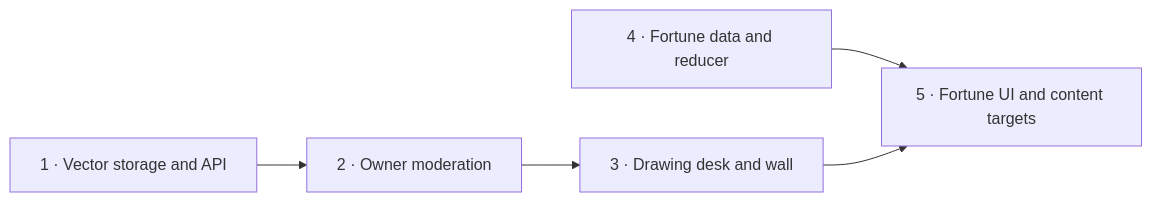
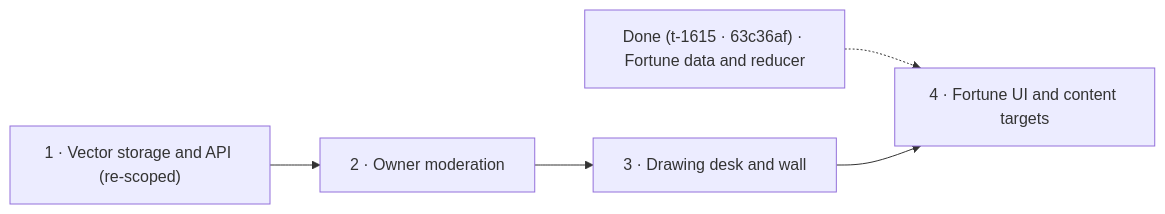
One commit to quiinthieu/otohime changed the diagram in projects/otohime-dev-ink-guestbook-wall-origami-fortune-teller-1-ink/plan.md. Above: the diagram before and after it, drawn with Mermaid. The commit also changed other lines of this file and 1 other file, not shown here.

````diff
--- a/projects/otohime-dev-ink-guestbook-wall-origami-fortune-teller-1-ink/plan.md
+++ b/projects/otohime-dev-ink-guestbook-wall-origami-fortune-teller-1-ink/plan.md
@@ -93,7 +104,7 @@
 ```mermaid
 flowchart LR
-  A["1 · Vector storage and API"] --> B["2 · Owner moderation"]
+  Done["Done (t-1615 · 63c36af) · Fortune data and reducer"] -.-> D["4 · Fortune UI and content targets"]
+  A["1 · Vector storage and API (re-scoped)"] --> B["2 · Owner moderation"]
   B --> C["3 · Drawing desk and wall"]
-  D["4 · Fortune data and reducer"] --> E["5 · Fortune UI and content targets"]
-  C --> E
+  C --> D
 ```
````
